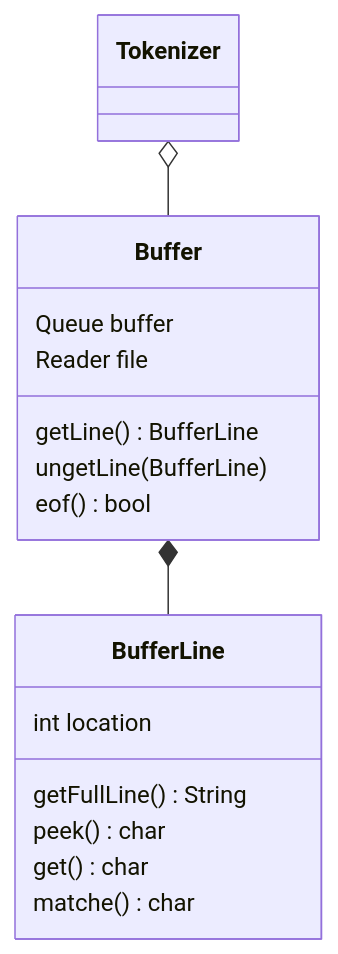
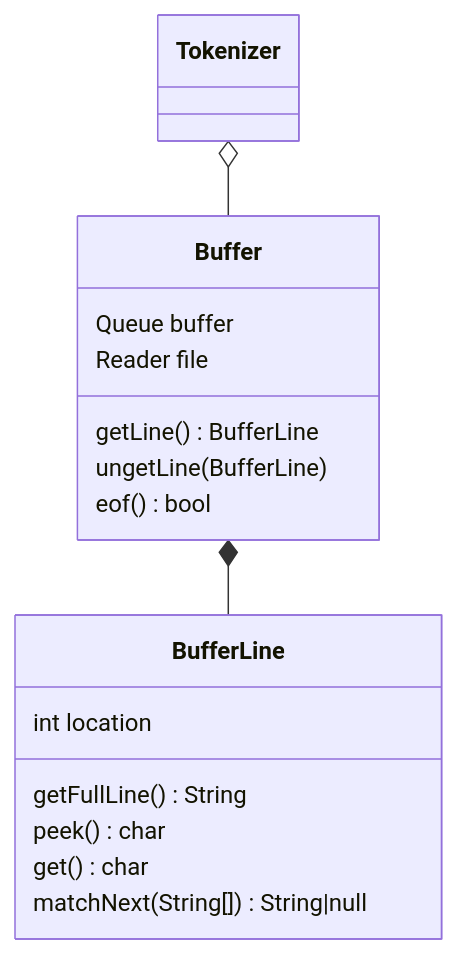
Before and after one commit to Jzhyang1/Monomer: the first of 5 diagrams in Implementation.md, drawn with Mermaid. The commit also changed other lines of this file, not shown here.

````diff
--- a/Implementation.md
+++ b/Implementation.md
@@ -58,17 +58,17 @@
 ```mermaid
 classDiagram
 Tokenizer o-- Buffer
 Buffer *-- BufferLine
 
 Buffer: Queue buffer
 Buffer: Reader file
 Buffer: getLine() BufferLine
 Buffer: ungetLine(BufferLine)
 Buffer: eof() bool
 
 BufferLine: int location
 BufferLine: getFullLine() String
 BufferLine: peek() char
 BufferLine: get() char
-BufferLine: matche() char
+BufferLine: matchNext(String[]) String|null
 ```
````
